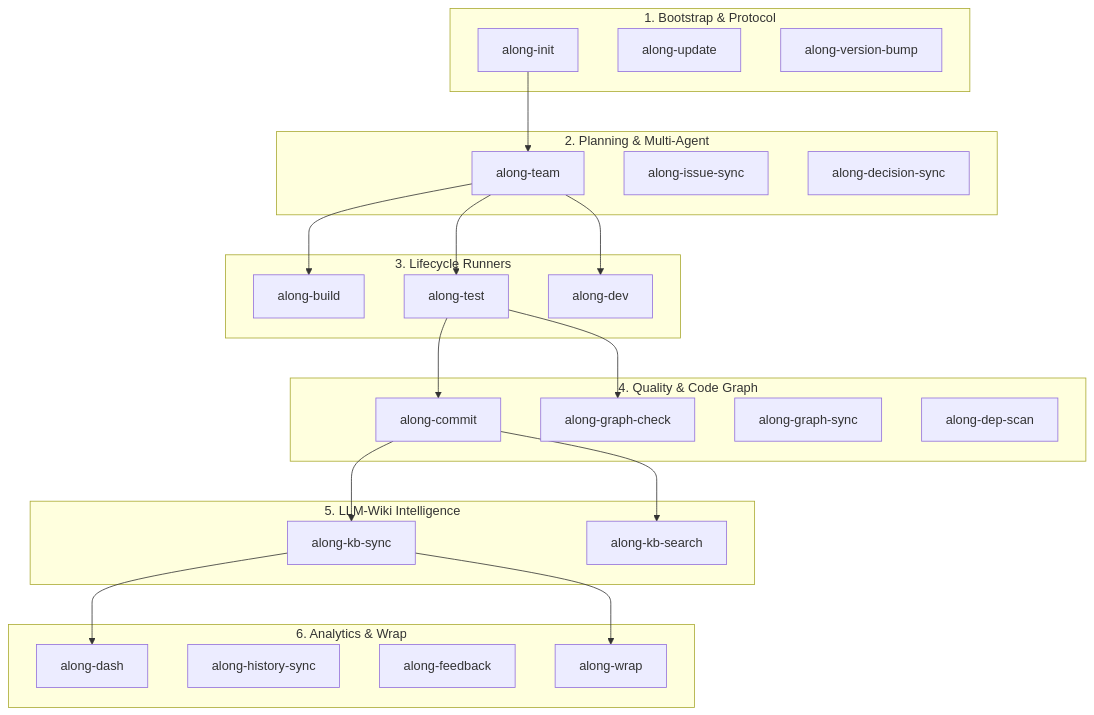
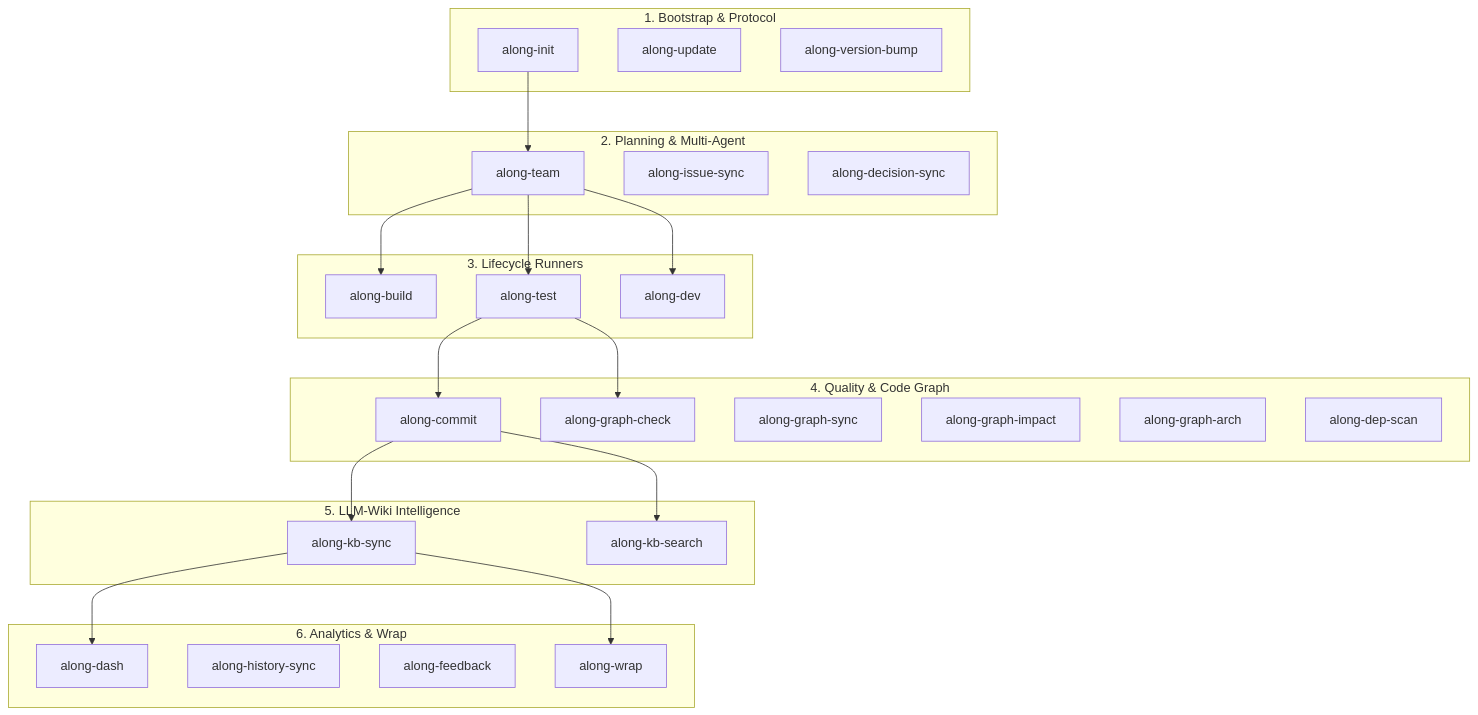
Before and after one commit to actdim/along: the diagram in docs/topic--skills-reference.md, drawn with Mermaid. The commit also changed other lines of this file and 25 other files, not shown here.

Commit message:
feat(skills): add along-graph-impact and along-graph-arch user skills with lifecycle enforcement (refs #code-review-graph-user-skills)

````diff
--- a/docs/topic--skills-reference.md
+++ b/docs/topic--skills-reference.md
@@ -28,45 +28,47 @@
 ```mermaid
 flowchart TD
     subgraph Phase1["1. Bootstrap & Protocol"]
         INIT["along-init"]
         UPDATE["along-update"]
         BUMP["along-version-bump"]
     end
 
     subgraph Phase2["2. Planning & Multi-Agent"]
         TEAM["along-team"]
         ISSUE_SYNC["along-issue-sync"]
         DEC_SYNC["along-decision-sync"]
     end
 
     subgraph Phase3["3. Lifecycle Runners"]
         BUILD["along-build"]
         TEST["along-test"]
         DEV["along-dev"]
     end
 
     subgraph Phase4["4. Quality & Code Graph"]
         COMMIT["along-commit"]
         GRAPH["along-graph-check"]
         GRAPH_SYNC["along-graph-sync"]
+        GRAPH_IMPACT["along-graph-impact"]
+        GRAPH_ARCH["along-graph-arch"]
         DEP["along-dep-scan"]
     end
 
     subgraph Phase5["5. LLM-Wiki Intelligence"]
         KB_SYNC["along-kb-sync"]
         KB_SEARCH["along-kb-search"]
     end
 
     subgraph Phase6["6. Analytics & Wrap"]
         DASH["along-dash"]
         HIST_SYNC["along-history-sync"]
         FEEDBACK["along-feedback"]
         WRAP["along-wrap"]
     end
 
     INIT --> TEAM
     TEAM --> BUILD & TEST & DEV
     TEST --> GRAPH & COMMIT
     COMMIT --> KB_SYNC & KB_SEARCH
     KB_SYNC --> DASH & WRAP
 ```
````
